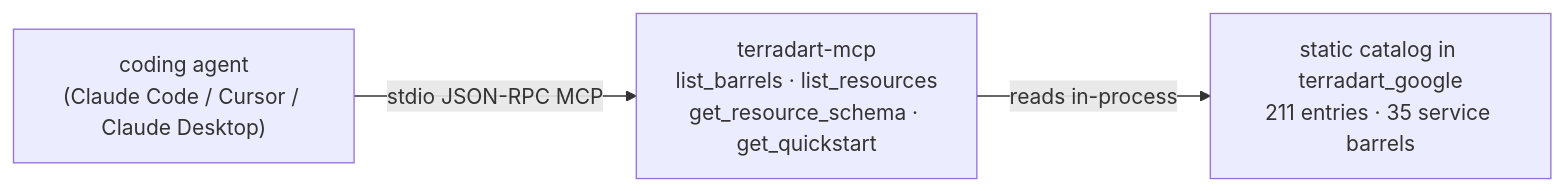
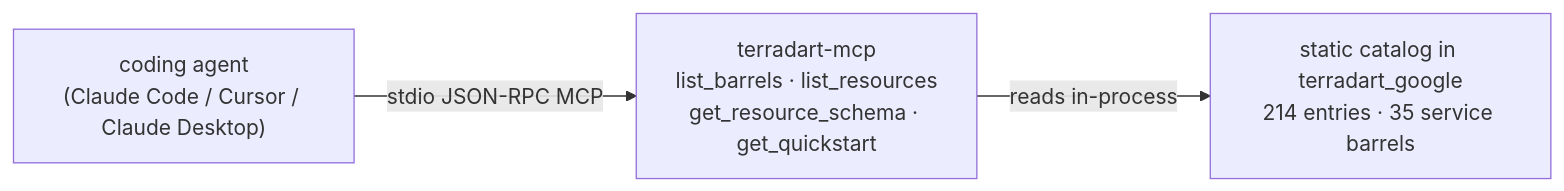
The diagram in website/src/content/docs/docs/agent/index.md (nozomi-koborinai/terradart), drawn with Mermaid before and after one commit. The commit also changed other lines of this file and 20 other files, not shown here.

````diff
--- a/website/src/content/docs/docs/agent/index.md
+++ b/website/src/content/docs/docs/agent/index.md
@@ -12,8 +12,8 @@
 ```mermaid
 graph LR
   agent["coding agent<br/>(Claude Code / Cursor / Claude Desktop)"]
   mcp["terradart-mcp<br/>list_barrels · list_resources<br/>get_resource_schema · get_quickstart"]
-  catalog["static catalog in terradart_google<br/>211 entries · 35 service barrels"]
+  catalog["static catalog in terradart_google<br/>214 entries · 35 service barrels"]
   agent -->|stdio JSON-RPC MCP| mcp
   mcp -->|reads in-process| catalog
 ```
````
